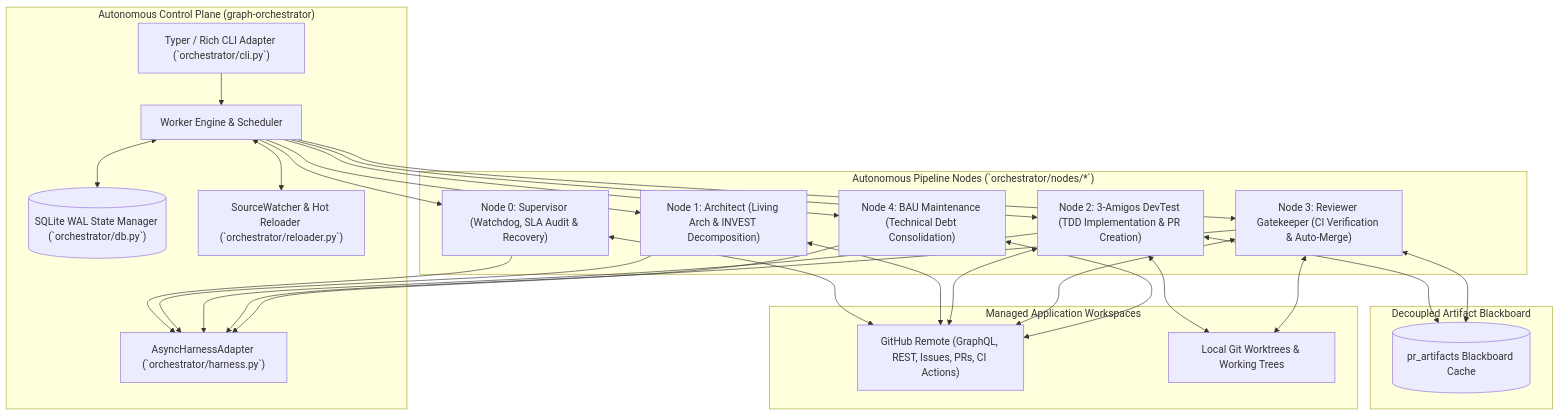
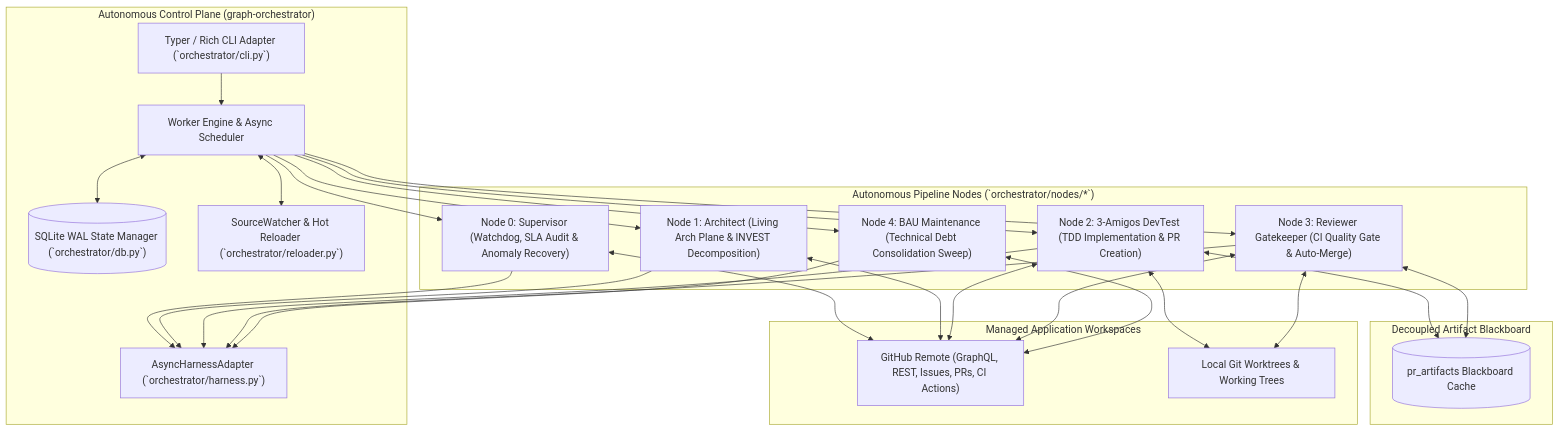
The first of 5 diagrams in .graph/architecture.md (AntaresAndBharani/graph-engineering), drawn with Mermaid before and after one commit. The commit also changed other lines of this file, not shown here.

Commit message:
docs(architecture): update architectural standards

````diff
--- a/.graph/architecture.md
+++ b/.graph/architecture.md
@@ -17,36 +17,36 @@
 ```mermaid
 flowchart TD
     subgraph Control Plane ["Autonomous Control Plane (graph-orchestrator)"]
         CLI["Typer / Rich CLI Adapter (`orchestrator/cli.py`)"]
-        Core["Worker Engine & Scheduler"]
+        Core["Worker Engine & Async Scheduler"]
         State[("SQLite WAL State Manager (`orchestrator/db.py`)")]
         Reloader["SourceWatcher & Hot Reloader (`orchestrator/reloader.py`)"]
         Adapter["AsyncHarnessAdapter (`orchestrator/harness.py`)"]
     end
 
     subgraph Governance & Pipeline Nodes ["Autonomous Pipeline Nodes (`orchestrator/nodes/*`)"]
-        N0["Node 0: Supervisor (Watchdog, SLA Audit & Recovery)"]
-        N1["Node 1: Architect (Living Arch & INVEST Decomposition)"]
+        N0["Node 0: Supervisor (Watchdog, SLA Audit & Anomaly Recovery)"]
+        N1["Node 1: Architect (Living Arch Plane & INVEST Decomposition)"]
         N2["Node 2: 3-Amigos DevTest (TDD Implementation & PR Creation)"]
-        N3["Node 3: Reviewer Gatekeeper (CI Verification & Auto-Merge)"]
-        N4["Node 4: BAU Maintenance (Technical Debt Consolidation)"]
+        N3["Node 3: Reviewer Gatekeeper (CI Quality Gate & Auto-Merge)"]
+        N4["Node 4: BAU Maintenance (Technical Debt Consolidation Sweep)"]
     end
 
     subgraph Blackboard Layer ["Decoupled Artifact Blackboard"]
         BB[("pr_artifacts Blackboard Cache")]
     end
 
     subgraph Managed Target Repositories ["Managed Application Workspaces"]
         GH["GitHub Remote (GraphQL, REST, Issues, PRs, CI Actions)"]
         LocalGit["Local Git Worktrees & Working Trees"]
     end
 
     CLI --> Core
     Core <--> State
     Core <--> Reloader
     Core --> N0 & N1 & N2 & N3 & N4
     N0 & N1 & N2 & N3 & N4 --> Adapter
     N0 & N1 & N2 & N3 & N4 <--> GH
     N2 & N3 <--> LocalGit
     N2 & N3 <--> BB
 ```
````
